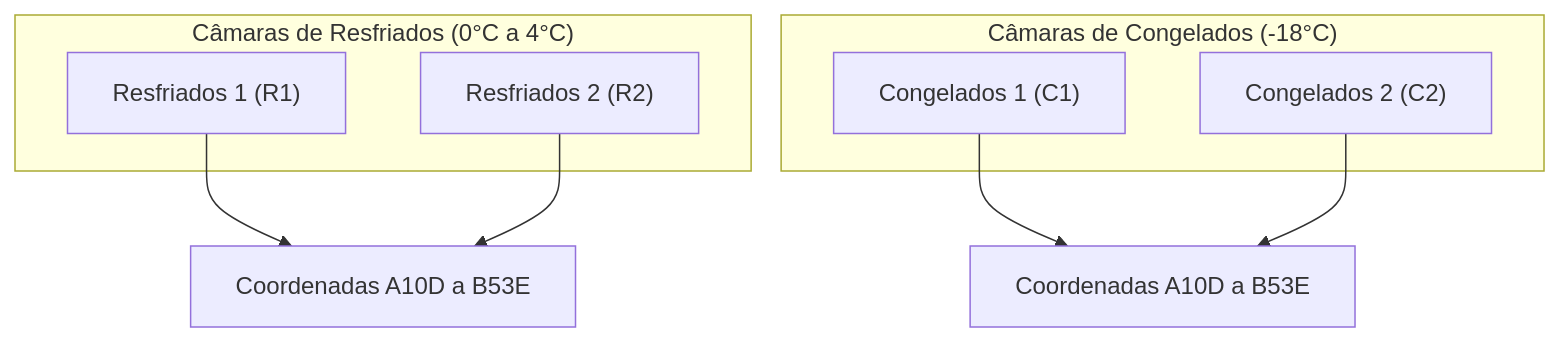
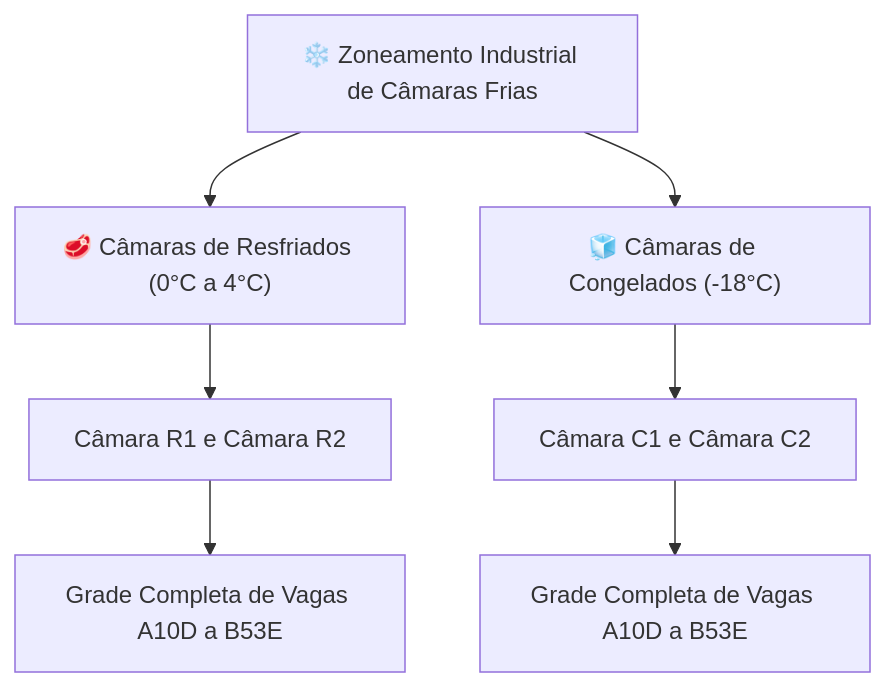
One commit to NaejBarbosa/paletscan-etl changed the second of 2 diagrams in docs/pwa-vagas-zoneamento.md. Above: the diagram before and after it, drawn with Mermaid. The commit also changed other lines of this file and 9 other files, not shown here.

Commit message:
fix(docs): verticalizar diagramas com ramificacoes a direita e corrigir sintaxe Mermaid em todas as paginas

````diff
--- a/docs/pwa-vagas-zoneamento.md
+++ b/docs/pwa-vagas-zoneamento.md
@@ -28,17 +39,12 @@
 ```mermaid
 flowchart TD
-    subgraph Resfriados ["Câmaras de Resfriados (0°C a 4°C)"]
-        R1["Resfriados 1 (R1)"]
-        R2["Resfriados 2 (R2)"]
-    end
-
-    subgraph Congelados ["Câmaras de Congelados (-18°C)"]
-        C1["Congelados 1 (C1)"]
-        C2["Congelados 2 (C2)"]
-    end
-
-    R1 --> V1["Coordenadas A10D a B53E"]
-    R2 --> V1
-    C1 --> V2["Coordenadas A10D a B53E"]
-    C2 --> V2
+    ZONE["❄️ Zoneamento Industrial de Câmaras Frias"]
+    
+    ZONE --> R["🥩 Câmaras de Resfriados (0°C a 4°C)"]
+    R --> R1["Câmara R1 e Câmara R2"]
+    R1 --> VR["Grade Completa de Vagas A10D a B53E"]
+    
+    ZONE --> C["🧊 Câmaras de Congelados (-18°C)"]
+    C --> C1["Câmara C1 e Câmara C2"]
+    C1 --> VC["Grade Completa de Vagas A10D a B53E"]
 ```
````
